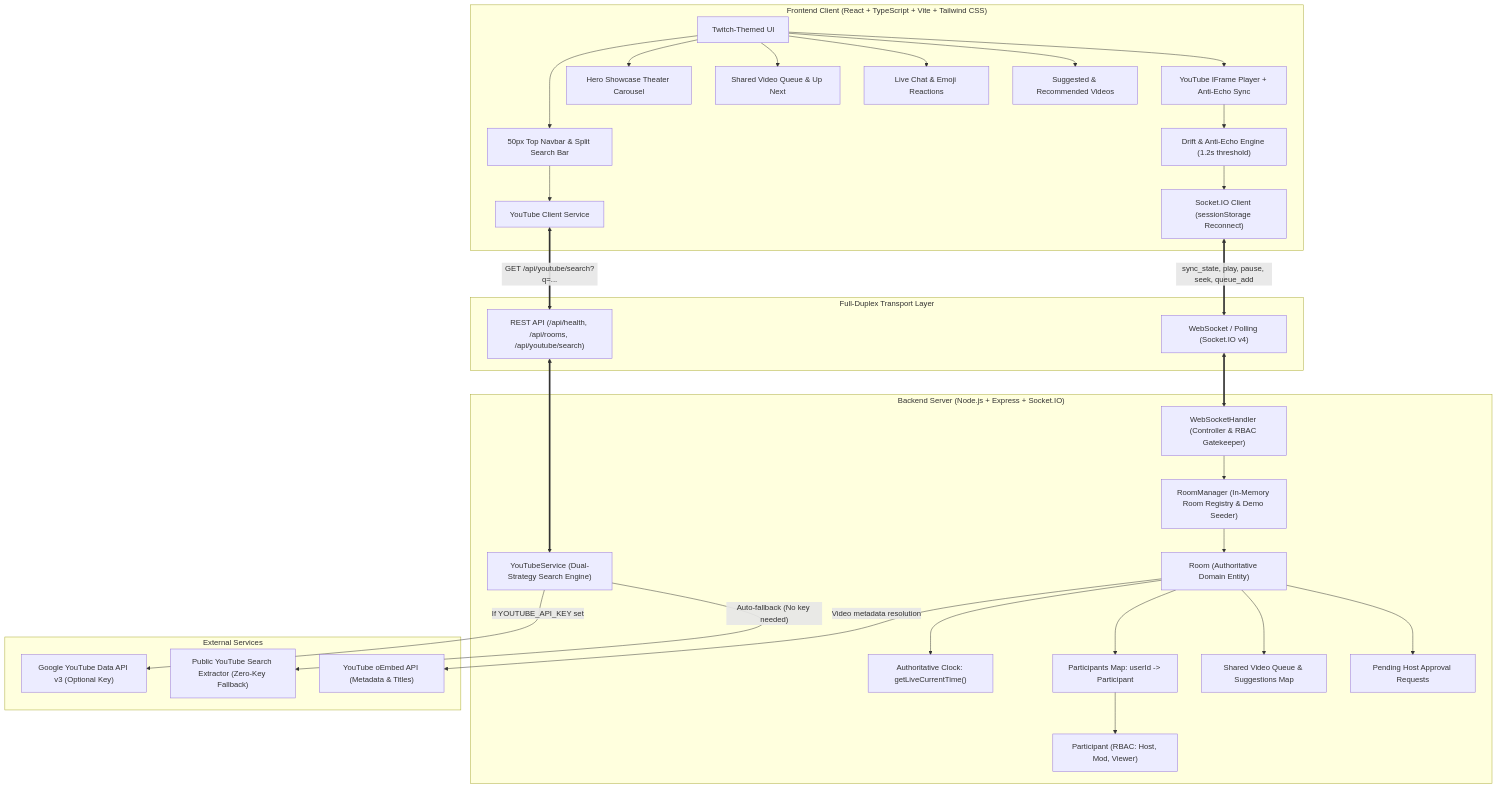
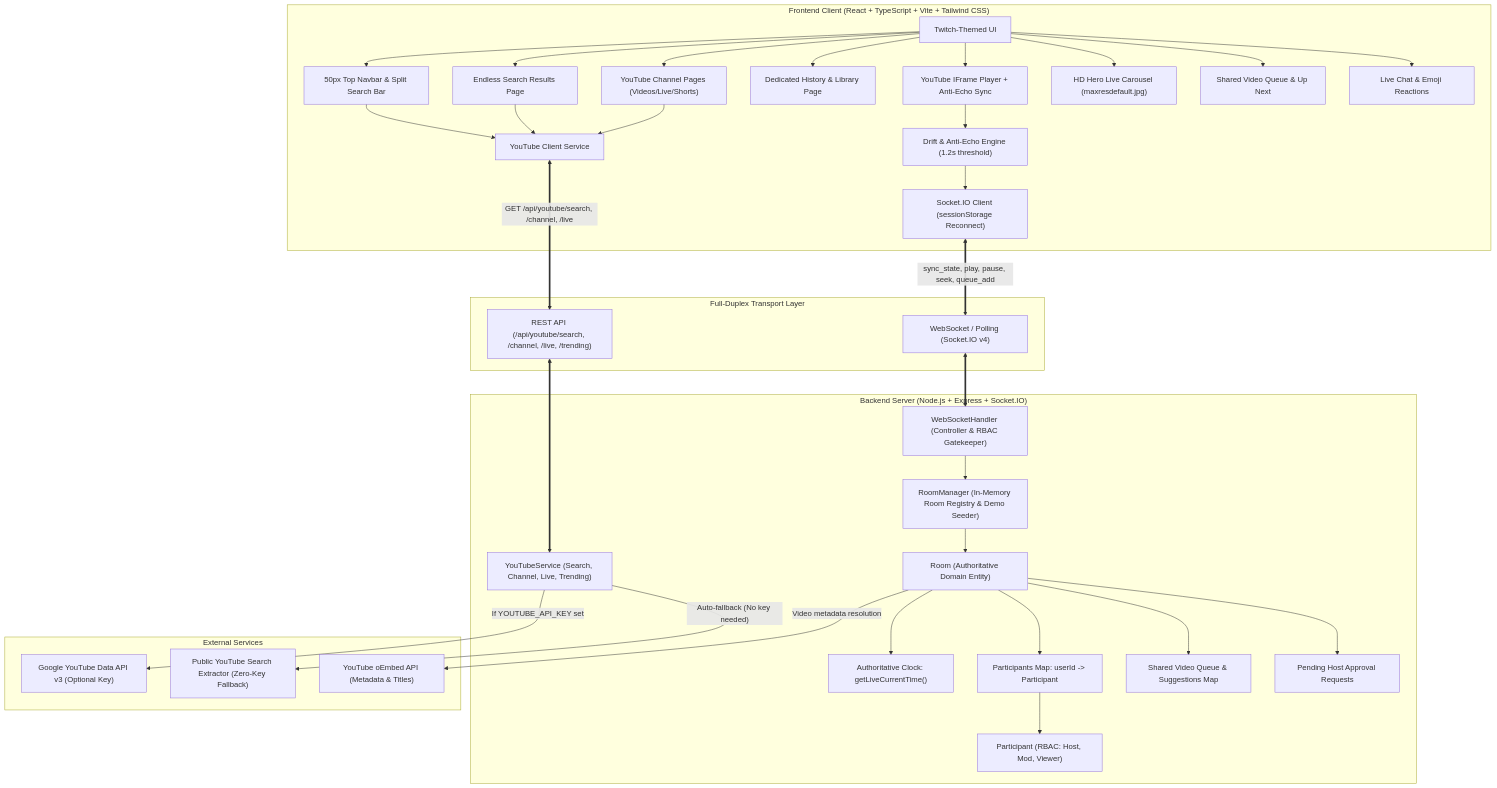
One commit to MohdSajidJafri/Web3Task changed the diagram in README.md. Above: the diagram before and after it, drawn with Mermaid. The commit also changed other lines of this file and 6 other files, not shown here.

Commit message:
feat(youtube): add real live streams, HD maxresdefault banners, clickable sidebar channels, dedicated HistoryPage, and updated README

````diff
--- a/README.md
+++ b/README.md
@@ -58,50 +59,54 @@
 ```mermaid
 flowchart TD
     subgraph Client ["Frontend Client (React + TypeScript + Vite + Tailwind CSS)"]
         UI["Twitch-Themed UI"]
         UI --> Nav["50px Top Navbar & Split Search Bar"]
+        UI --> SearchPage["Endless Search Results Page"]
+        UI --> ChannelPage["YouTube Channel Pages (Videos/Live/Shorts)"]
+        UI --> HistoryPage["Dedicated History & Library Page"]
         UI --> Player["YouTube IFrame Player + Anti-Echo Sync"]
-        UI --> Hero["Hero Showcase Theater Carousel"]
+        UI --> Hero["HD Hero Live Carousel (maxresdefault.jpg)"]
         UI --> Queue["Shared Video Queue & Up Next"]
         UI --> Chat["Live Chat & Emoji Reactions"]
-        UI --> Rec["Suggested & Recommended Videos"]
         
         Nav --> SearchService["YouTube Client Service"]
+        SearchPage --> SearchService
+        ChannelPage --> SearchService
         Player --> SyncEngine["Drift & Anti-Echo Engine (1.2s threshold)"]
         SyncEngine --> SocketClient["Socket.IO Client (sessionStorage Reconnect)"]
     end
 
     subgraph Transport ["Full-Duplex Transport Layer"]
         WSS["WebSocket / Polling (Socket.IO v4)"]
-        HTTPS["REST API (/api/health, /api/rooms, /api/youtube/search)"]
+        HTTPS["REST API (/api/youtube/search, /channel, /live, /trending)"]
     end
 
     subgraph Server ["Backend Server (Node.js + Express + Socket.IO)"]
         WSHandler["WebSocketHandler (Controller & RBAC Gatekeeper)"]
         RoomMgr["RoomManager (In-Memory Room Registry & Demo Seeder)"]
-        YTService["YouTubeService (Dual-Strategy Search Engine)"]
+        YTService["YouTubeService (Search, Channel, Live, Trending)"]
         
         WSHandler --> RoomMgr
         RoomMgr --> RoomModel["Room (Authoritative Domain Entity)"]
         RoomModel --> Clock["Authoritative Clock: getLiveCurrentTime()"]
         RoomModel --> PartMap["Participants Map: userId -> Participant"]
         RoomModel --> QueueList["Shared Video Queue & Suggestions Map"]
         RoomModel --> RequestsMap["Pending Host Approval Requests"]
         PartMap --> PartModel["Participant (RBAC: Host, Mod, Viewer)"]
     end
 
     subgraph External ["External Services"]
         YT_API["Google YouTube Data API v3 (Optional Key)"]
         YT_EXT["Public YouTube Search Extractor (Zero-Key Fallback)"]
         YT_OEMBED["YouTube oEmbed API (Metadata & Titles)"]
     end
 
     SocketClient <==>|"sync_state, play, pause, seek, queue_add"| WSS
-    SearchService <==>|"GET /api/youtube/search?q=..."| HTTPS
+    SearchService <==>|"GET /api/youtube/search, /channel, /live"| HTTPS
     WSS <==> WSHandler
     HTTPS <==> YTService
 
     YTService -->|"If YOUTUBE_API_KEY set"| YT_API
     YTService -->|"Auto-fallback (No key needed)"| YT_EXT
     RoomModel -->|"Video metadata resolution"| YT_OEMBED
 ```
````
